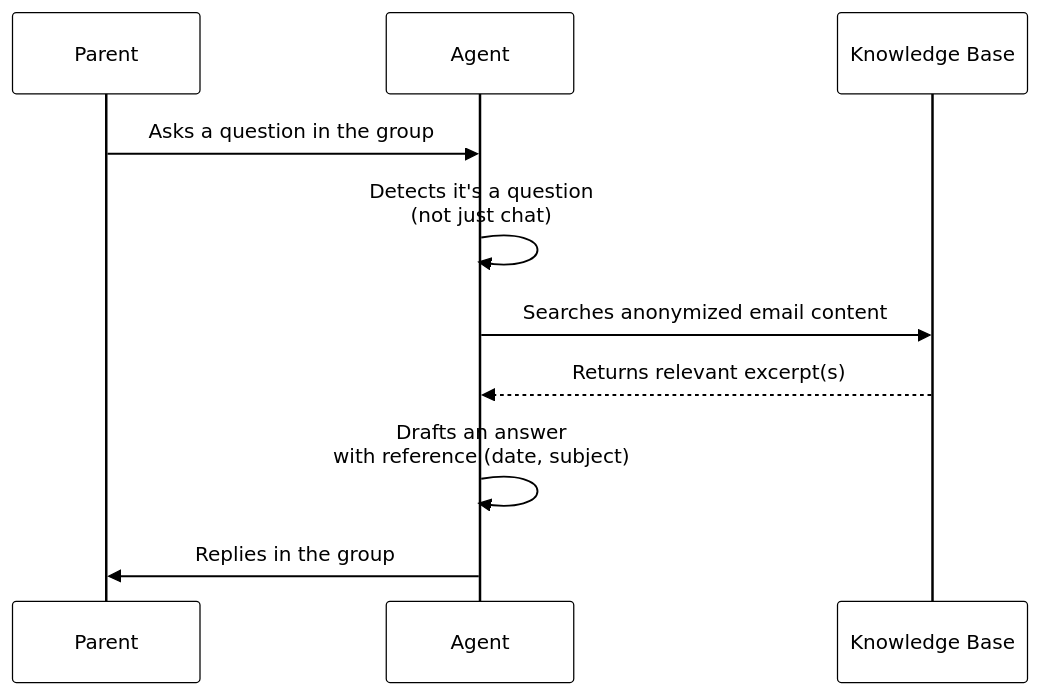
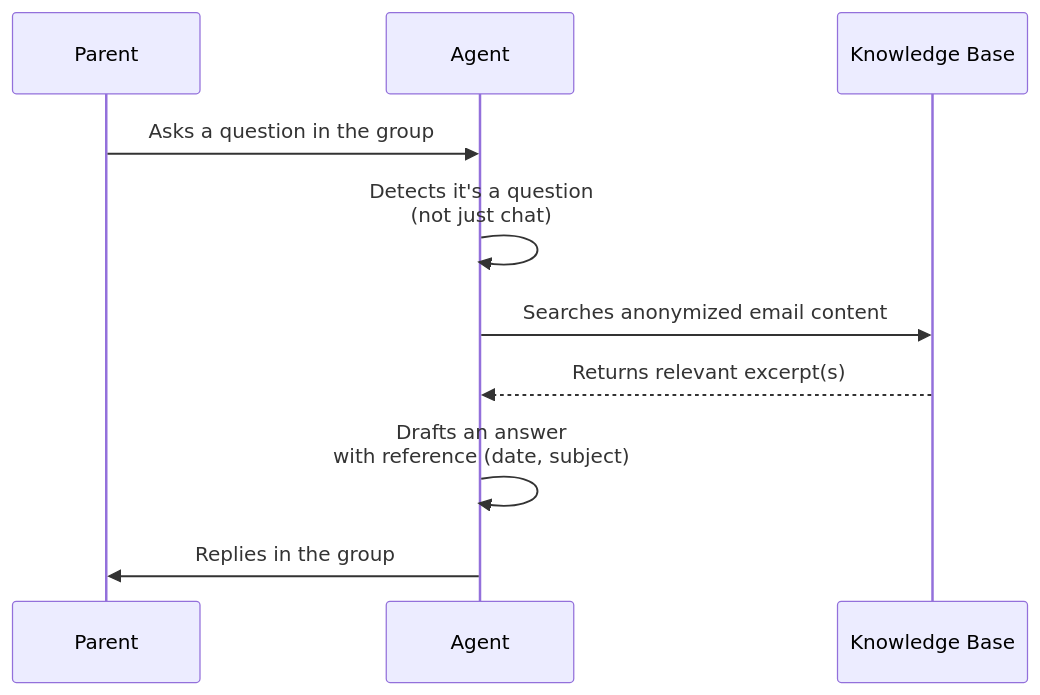
The third of 3 diagrams in README.md (MMarkCoder/Email-to-WhatsApp-Privacy-Agent-for-School-Communication), drawn with Mermaid before and after one commit. The commit also changed other lines of this file, not shown here.

````diff
--- a/README.md
+++ b/README.md
@@ -92,13 +92,13 @@
 ```mermaid
-%%{init: {'theme': 'base', 'themeVariables': { 'primaryColor': '#ffffff', 'primaryBorderColor': '#000000', 'primaryTextColor': '#000000', 'lineColor': '#000000', 'secondaryColor': '#ffffff', 'tertiaryColor': '#ffffff', 'mainBkg': '#ffffff', 'clusterBkg': '#ffffff', 'clusterBorder': '#000000', 'edgeLabelBackground': '#ffffff', 'textColor': '#000000' }}}%%
+
 sequenceDiagram
     participant Parent
     participant Bot as Agent
     participant KB as Knowledge Base
     Parent->>Bot: Asks a question in the group
     Bot->>Bot: Detects it's a question<br/>(not just chat)
     Bot->>KB: Searches anonymized email content
     KB-->>Bot: Returns relevant excerpt(s)
     Bot->>Bot: Drafts an answer<br/>with reference (date, subject)
     Bot->>Parent: Replies in the group
 ```
````
